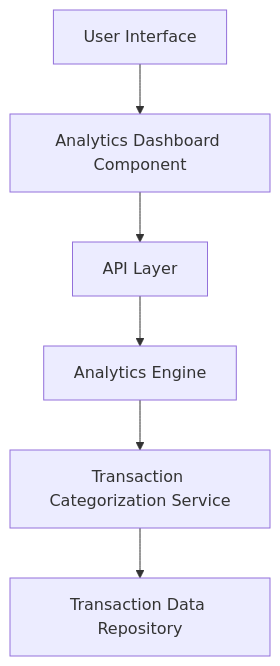
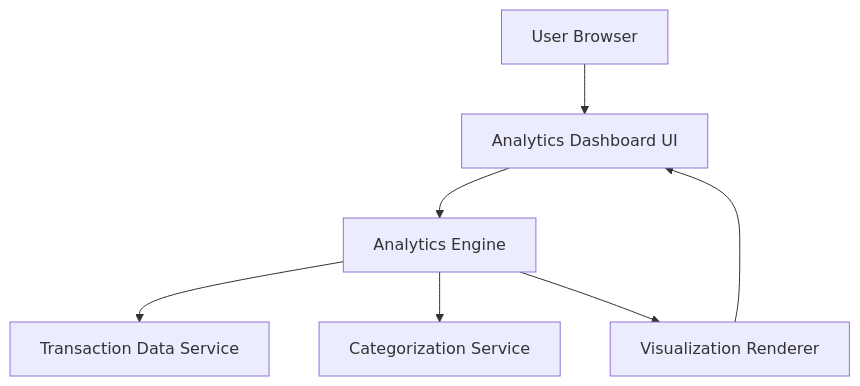
Before and after one commit to AAVA-Demo/APB_Demo: the diagram in HLD/QE-7733_HLD.md, drawn with Mermaid. The commit also changed other lines of this file and 5 other files, not shown here.

````diff
--- a/HLD/QE-7733_HLD.md
+++ b/HLD/QE-7733_HLD.md
@@ -7,14 +6,15 @@
 ```mermaid
 flowchart TD
-    A["User Interface"]
-    B["Analytics Dashboard Component"]
-    C["API Layer"]
-    D["Analytics Engine"]
-    E["Transaction Categorization Service"]
-    F["Transaction Data Repository"]
+    A["User Browser"]
+    B["Analytics Dashboard UI"]
+    C["Analytics Engine"]
+    D["Transaction Data Service"]
+    E["Categorization Service"]
+    F["Visualization Renderer"]
     A --> B
     B --> C
     C --> D
-    D --> E
-    E --> F
+    C --> E
+    C --> F
+    F --> B
 ```
````
